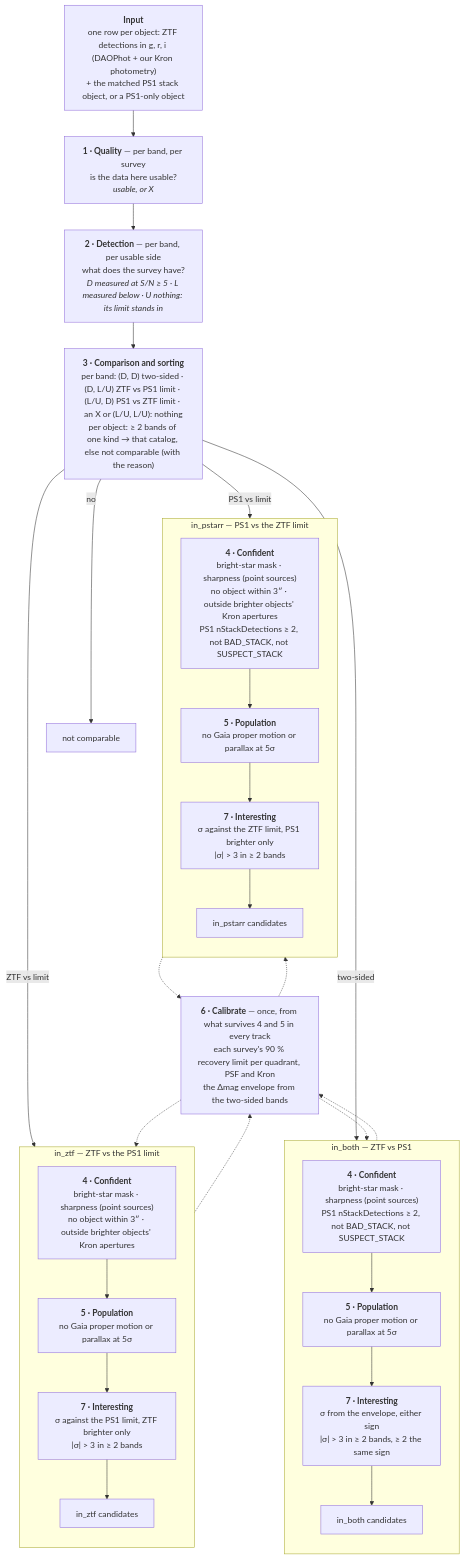
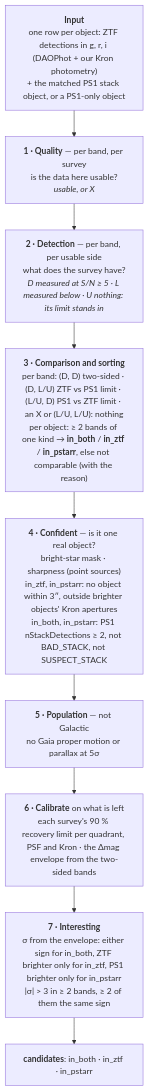
The diagram in README.md (Adam-Boesky/long_transients2), drawn with Mermaid before and after one commit.

Commit message:
README: one track; comparison and sorting as one step

````diff
--- a/README.md
+++ b/README.md
@@ -5,46 +5,13 @@
 ```mermaid
 flowchart TD
     IN["<b>Input</b><br/>one row per object: ZTF detections in g, r, i (DAOPhot + our Kron photometry)<br/>+ the matched PS1 stack object, or a PS1-only object"]
     Q["<b>1 · Quality</b> — per band, per survey<br/>is the data here usable?<br/><i>usable, or X</i>"]
     D["<b>2 · Detection</b> — per band, per usable side<br/>what does the survey have?<br/><i>D measured at S/N ≥ 5 · L measured below · U nothing: its limit stands in</i>"]
-    S["<b>3 · Comparison and sorting</b><br/>per band: (D, D) two-sided · (D, L/U) ZTF vs PS1 limit · (L/U, D) PS1 vs ZTF limit · an X or (L/U, L/U): nothing<br/>per object: ≥ 2 bands of one kind → that catalog, else not comparable (with the reason)"]
-    NC["not comparable"]
-    IN --> Q --> D --> S
-    S -- no --> NC
-
-    subgraph BOTH ["in_both — ZTF vs PS1"]
-        direction TB
-        B4["<b>4 · Confident</b><br/>bright-star mask · sharpness (point sources)<br/>PS1 nStackDetections ≥ 2, not BAD_STACK, not SUSPECT_STACK"]
-        B5["<b>5 · Population</b><br/>no Gaia proper motion or parallax at 5σ"]
-        B7["<b>7 · Interesting</b><br/>σ from the envelope, either sign<br/>|σ| > 3 in ≥ 2 bands, ≥ 2 the same sign"]
-        B8["in_both candidates"]
-        B4 --> B5 --> B7 --> B8
-    end
-    subgraph ZTF ["in_ztf — ZTF vs the PS1 limit"]
-        direction TB
-        Z4["<b>4 · Confident</b><br/>bright-star mask · sharpness (point sources)<br/>no object within 3″ · outside brighter objects' Kron apertures"]
-        Z5["<b>5 · Population</b><br/>no Gaia proper motion or parallax at 5σ"]
-        Z7["<b>7 · Interesting</b><br/>σ against the PS1 limit, ZTF brighter only<br/>|σ| > 3 in ≥ 2 bands"]
-        Z8["in_ztf candidates"]
-        Z4 --> Z5 --> Z7 --> Z8
-    end
-    subgraph PS1 ["in_pstarr — PS1 vs the ZTF limit"]
-        direction TB
-        P4["<b>4 · Confident</b><br/>bright-star mask · sharpness (point sources)<br/>no object within 3″ · outside brighter objects' Kron apertures<br/>PS1 nStackDetections ≥ 2, not BAD_STACK, not SUSPECT_STACK"]
-        P5["<b>5 · Population</b><br/>no Gaia proper motion or parallax at 5σ"]
-        P7["<b>7 · Interesting</b><br/>σ against the ZTF limit, PS1 brighter only<br/>|σ| > 3 in ≥ 2 bands"]
-        P8["in_pstarr candidates"]
-        P4 --> P5 --> P7 --> P8
-    end
-    S -- two-sided --> B4
-    S -- ZTF vs limit --> Z4
-    S -- PS1 vs limit --> P4
-
-    CAL["<b>6 · Calibrate</b> — once, from what survives 4 and 5 in every track<br/>each survey's 90 % recovery limit per quadrant, PSF and Kron<br/>the Δmag envelope from the two-sided bands"]
-    B5 -.-> CAL
-    Z5 -.-> CAL
-    P5 -.-> CAL
-    CAL -.-> B7
-    CAL -.-> Z7
-    CAL -.-> P7
+    S["<b>3 · Comparison and sorting</b><br/>per band: (D, D) two-sided · (D, L/U) ZTF vs PS1 limit · (L/U, D) PS1 vs ZTF limit · an X or (L/U, L/U): nothing<br/>per object: ≥ 2 bands of one kind → <b>in_both</b> / <b>in_ztf</b> / <b>in_pstarr</b>, else not comparable (with the reason)"]
+    CONF["<b>4 · Confident</b> — is it one real object?<br/>bright-star mask · sharpness (point sources)<br/>in_ztf, in_pstarr: no object within 3″, outside brighter objects' Kron apertures<br/>in_both, in_pstarr: PS1 nStackDetections ≥ 2, not BAD_STACK, not SUSPECT_STACK"]
+    POP["<b>5 · Population</b> — not Galactic<br/>no Gaia proper motion or parallax at 5σ"]
+    CAL["<b>6 · Calibrate</b> on what is left<br/>each survey's 90 % recovery limit per quadrant, PSF and Kron · the Δmag envelope from the two-sided bands"]
+    INT["<b>7 · Interesting</b><br/>σ from the envelope: either sign for in_both, ZTF brighter only for in_ztf, PS1 brighter only for in_pstarr<br/>|σ| > 3 in ≥ 2 bands, ≥ 2 of them the same sign"]
+    OUT["<b>candidates</b>: in_both · in_ztf · in_pstarr"]
+    IN --> Q --> D --> S --> CONF --> POP --> CAL --> INT --> OUT
 ```
````
